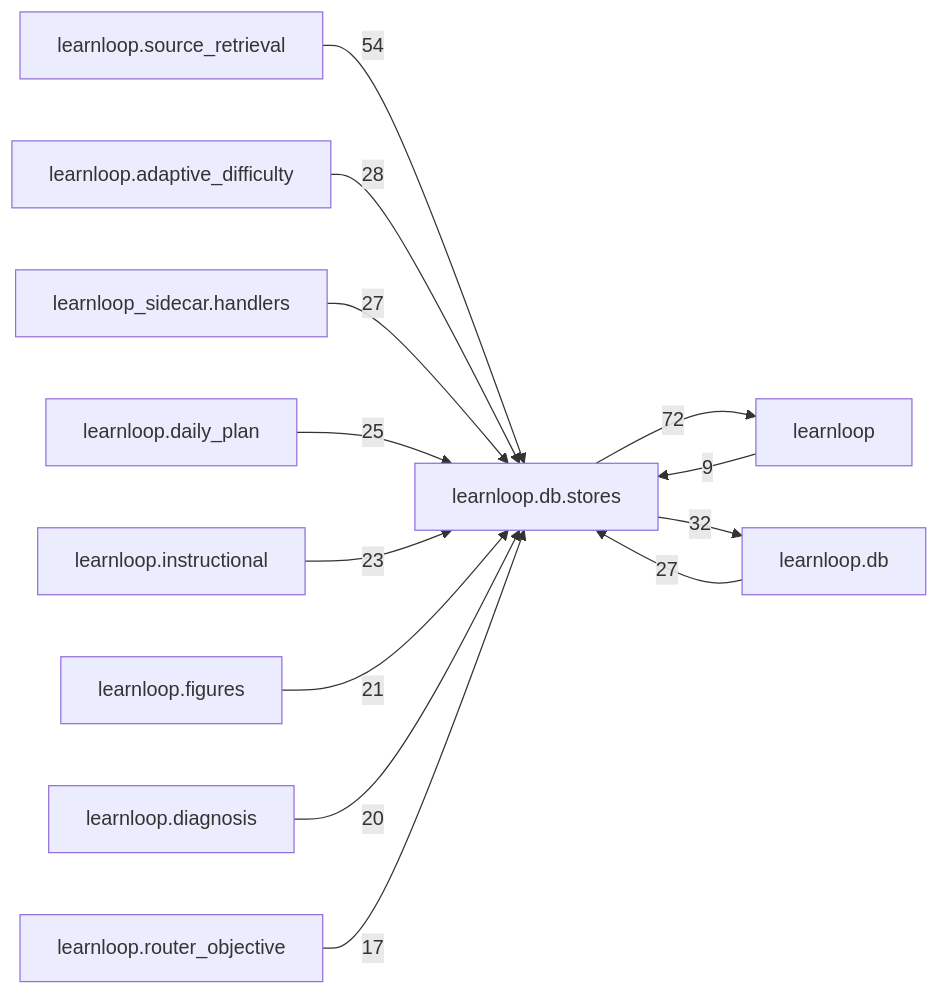
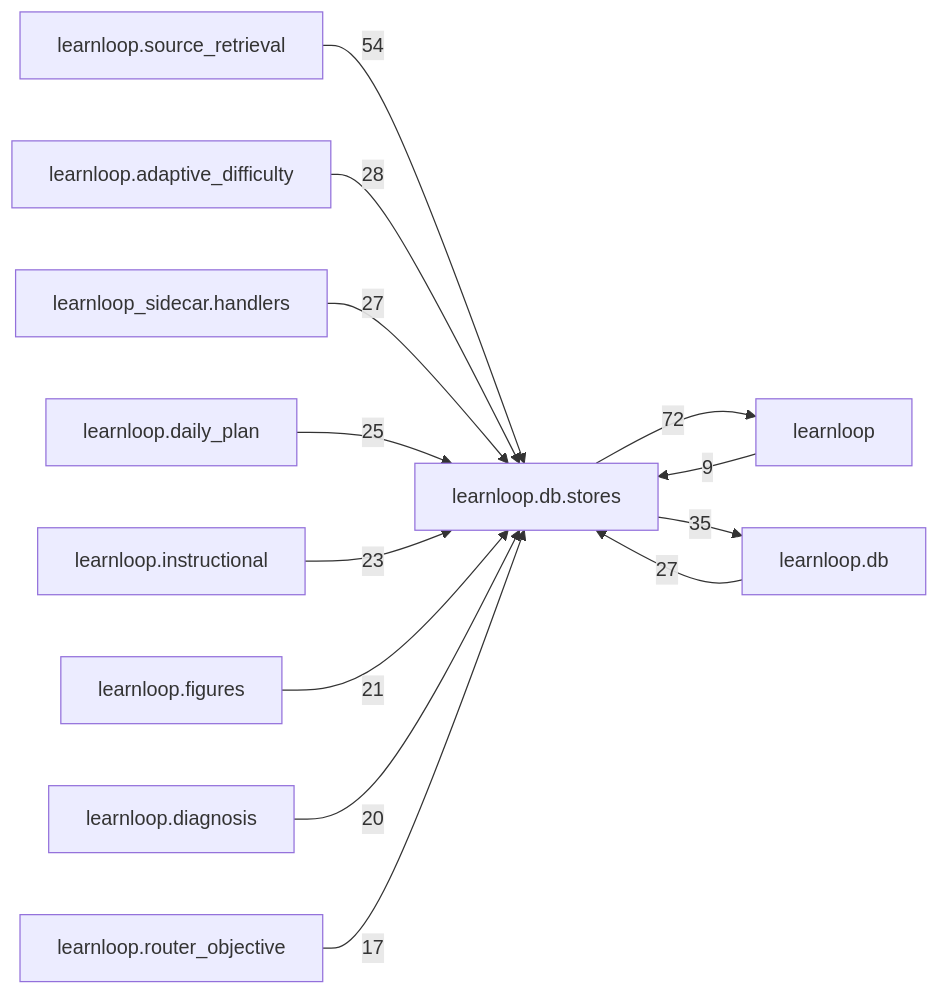
Before and after one commit to 6up-b/learnanything: the diagram in docs/learnloop-architecture-vault/Reference/Modules/learnloop/db/stores/_package.md, drawn with Mermaid. The commit also changed other lines of this file and 49 other files, not shown here.

````diff
--- a/docs/learnloop-architecture-vault/Reference/Modules/learnloop/db/stores/_package.md
+++ b/docs/learnloop-architecture-vault/Reference/Modules/learnloop/db/stores/_package.md
@@ -256,26 +256,26 @@
 ```mermaid
 flowchart LR
     center["learnloop.db.stores"]
     n_learnloop["learnloop"]
     n_learnloop_db["learnloop.db"]
     n_learnloop_source_retrieval["learnloop.source_retrieval"]
     n_learnloop_adaptive_difficulty["learnloop.adaptive_difficulty"]
     n_learnloop_sidecar_handlers["learnloop_sidecar.handlers"]
     n_learnloop_daily_plan["learnloop.daily_plan"]
     n_learnloop_instructional["learnloop.instructional"]
     n_learnloop_figures["learnloop.figures"]
     n_learnloop_diagnosis["learnloop.diagnosis"]
     n_learnloop_router_objective["learnloop.router_objective"]
     n_learnloop -->|9| center
     center -->|72| n_learnloop
     n_learnloop_db -->|27| center
-    center -->|32| n_learnloop_db
+    center -->|35| n_learnloop_db
     n_learnloop_source_retrieval -->|54| center
     n_learnloop_adaptive_difficulty -->|28| center
     n_learnloop_sidecar_handlers -->|27| center
     n_learnloop_daily_plan -->|25| center
     n_learnloop_instructional -->|23| center
     n_learnloop_figures -->|21| center
     n_learnloop_diagnosis -->|20| center
     n_learnloop_router_objective -->|17| center
 ```
````
